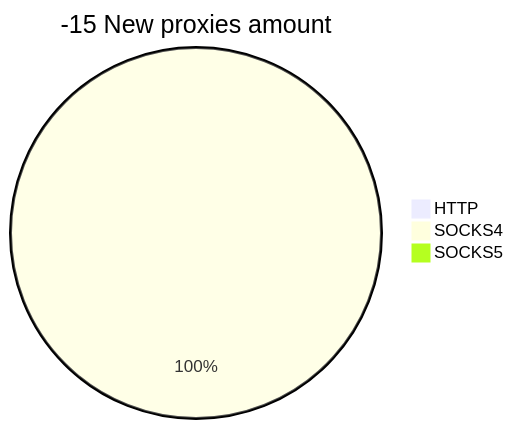
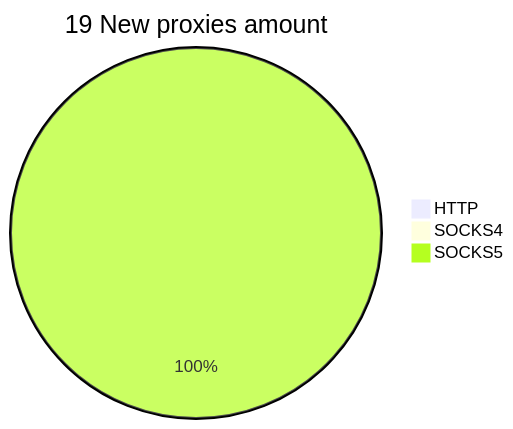
Before and after one commit to cutipu/proxylist: the second of 2 diagrams in README.md, drawn with Mermaid. The commit also changed other lines of this file, not shown here.

````diff
--- a/README.md
+++ b/README.md
@@ -10,6 +10,6 @@
 ```mermaid
-pie title -15 New proxies amount
+pie title 19 New proxies amount
     "HTTP" : 0
-    "SOCKS4" : 2
-    "SOCKS5" : 0
+    "SOCKS4" : 0
+    "SOCKS5" : 24
 ```
````
